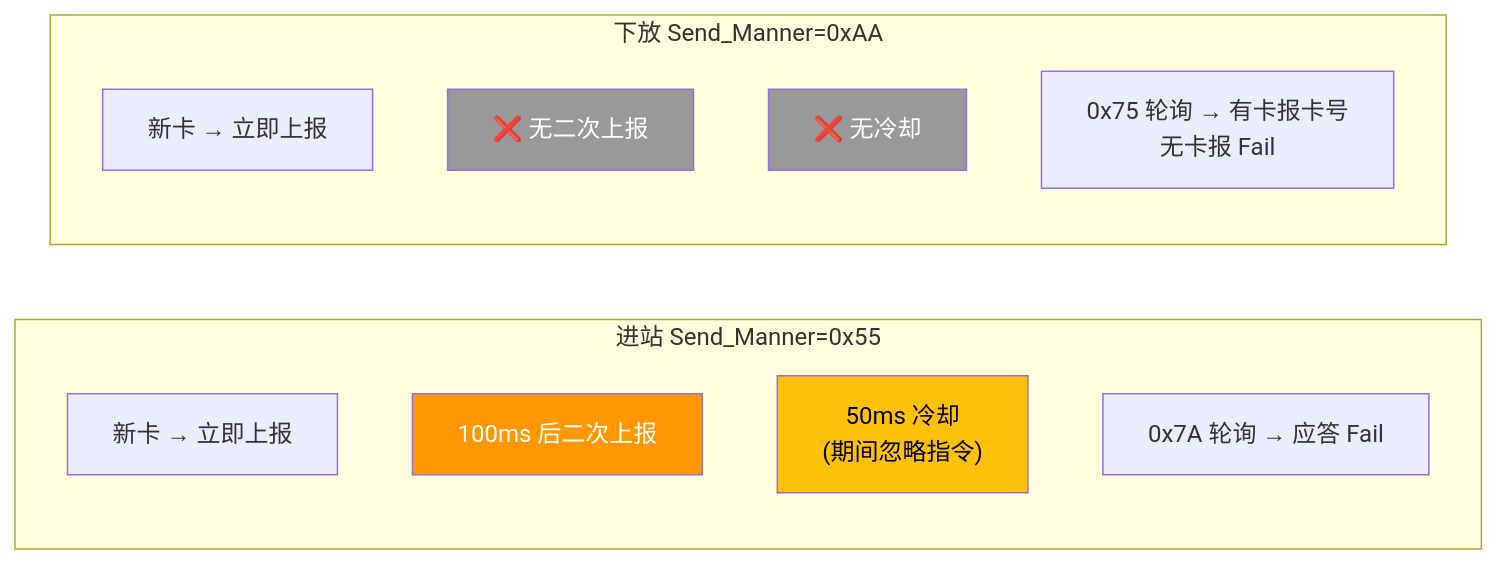
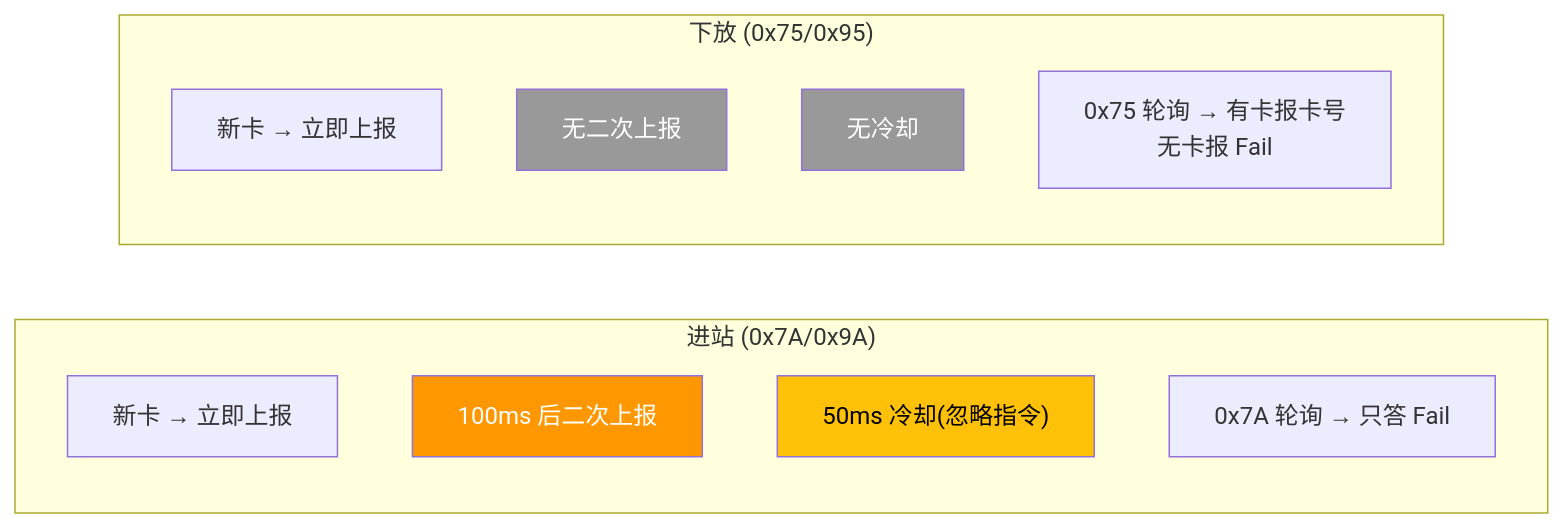
Before and after one commit to Siaiai/ObsidianNote: the sixth of 16 diagrams in 工作/SR3读卡器/260802SR3读卡器需求.md, drawn with Mermaid. The commit also changed other lines of this file and 3 other files, not shown here.

````diff
--- a/工作/SR3读卡器/260802SR3读卡器需求.md
+++ b/工作/SR3读卡器/260802SR3读卡器需求.md
@@ -213,23 +228,21 @@
 ```mermaid
 flowchart LR
-    subgraph 进站["进站 Send_Manner=0x55"]
-        direction TB
+    subgraph 进站["进站 (0x7A/0x9A)"]
         E1["新卡 → 立即上报"]
         E2["100ms 后二次上报"]
-        E3["50ms 冷却<br/>(期间忽略指令)"]
-        E4["0x7A 轮询 → 应答 Fail"]
+        E3["50ms 冷却(忽略指令)"]
+        E4["0x7A 轮询 → 只答 Fail"]
     end
 
-    subgraph 下放["下放 Send_Manner=0xAA"]
-        direction TB
+    subgraph 下放["下放 (0x75/0x95)"]
         R1["新卡 → 立即上报"]
-        R2["❌ 无二次上报"]
-        R3["❌ 无冷却"]
+        R2["无二次上报"]
+        R3["无冷却"]
         R4["0x75 轮询 → 有卡报卡号<br/>无卡报 Fail"]
     end
 
     style E2 fill:#FF9800,color:#fff
     style E3 fill:#FFC107,color:#000
     style R2 fill:#999,color:#fff
     style R3 fill:#999,color:#fff
 ```
````
